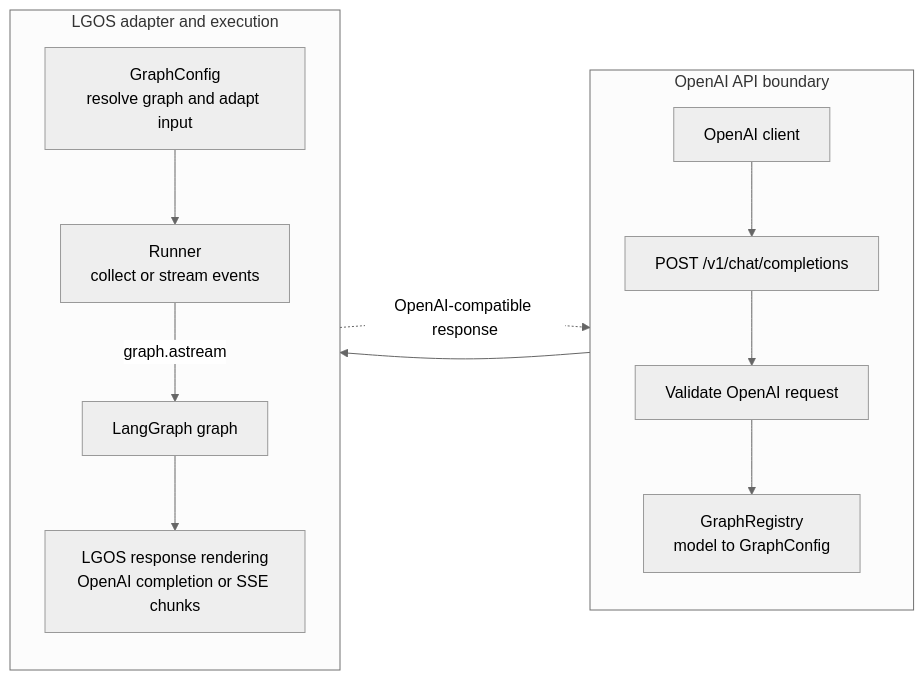
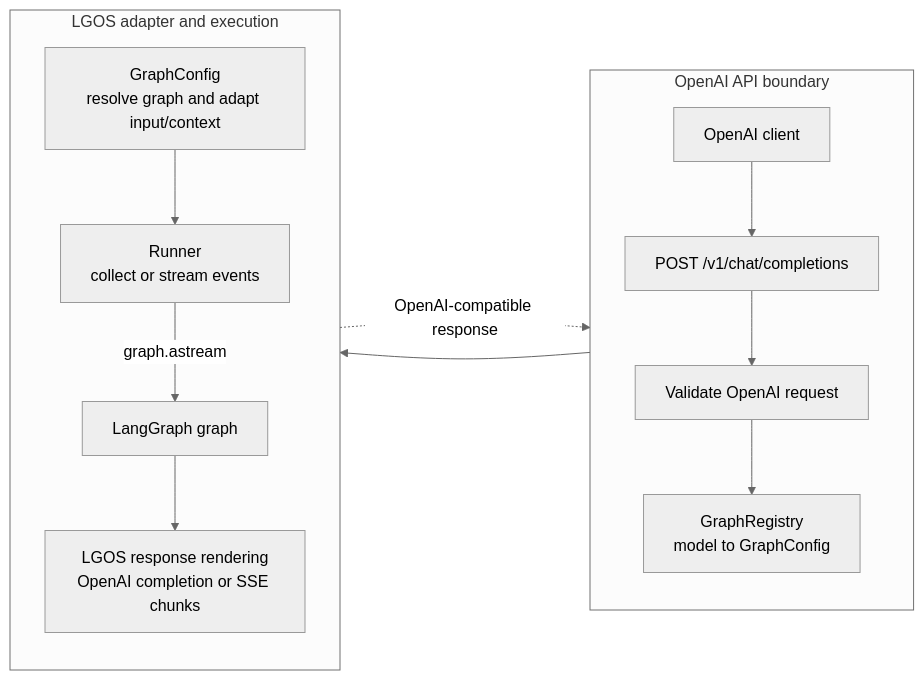
Before and after one commit to ilkersigirci/langgraph-openai-serve: the diagram in docs/explanation/architecture.md, drawn with Mermaid (neutral theme). The commit also changed other lines of this file and 37 other files, not shown here.

````diff
--- a/docs/explanation/architecture.md
+++ b/docs/explanation/architecture.md
@@ -6,20 +6,20 @@
 ```mermaid
 flowchart LR
   subgraph api["OpenAI API boundary"]
     direction TB
     A["OpenAI client"] --> B["POST /v1/chat/completions"]
     B --> C["Validate OpenAI request"]
     C --> D["GraphRegistry<br/>model to GraphConfig"]
   end
 
   subgraph execution["LGOS adapter and execution"]
     direction TB
-    E["GraphConfig<br/>resolve graph and adapt input"]
+    E["GraphConfig<br/>resolve graph and adapt input/context"]
     E --> F["Runner<br/>collect or stream events"]
     F -->|graph.astream| G["LangGraph graph"]
     G --> H["LGOS response rendering<br/>OpenAI completion or SSE chunks"]
   end
 
   D --> E
   H -.->|OpenAI-compatible response| A
 ```
````
